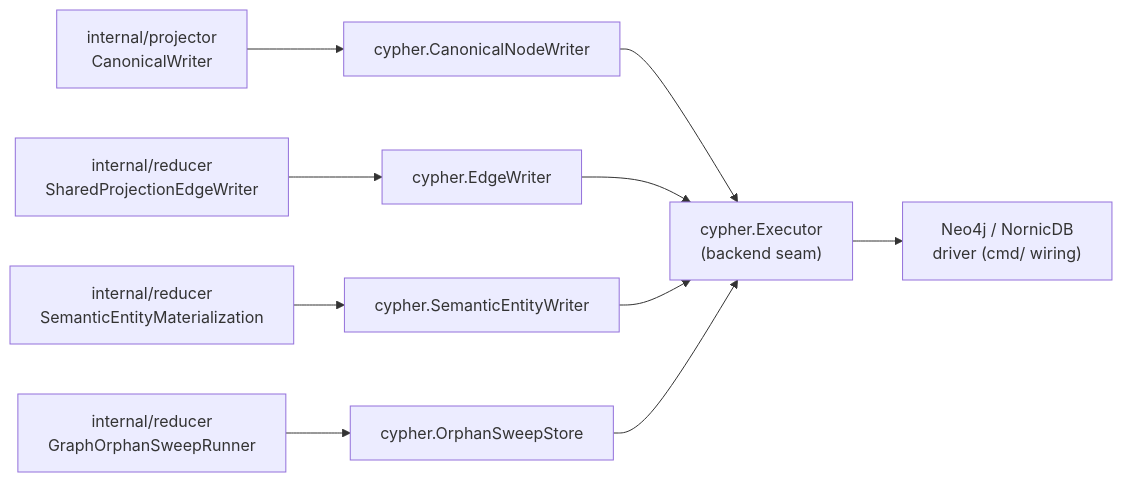
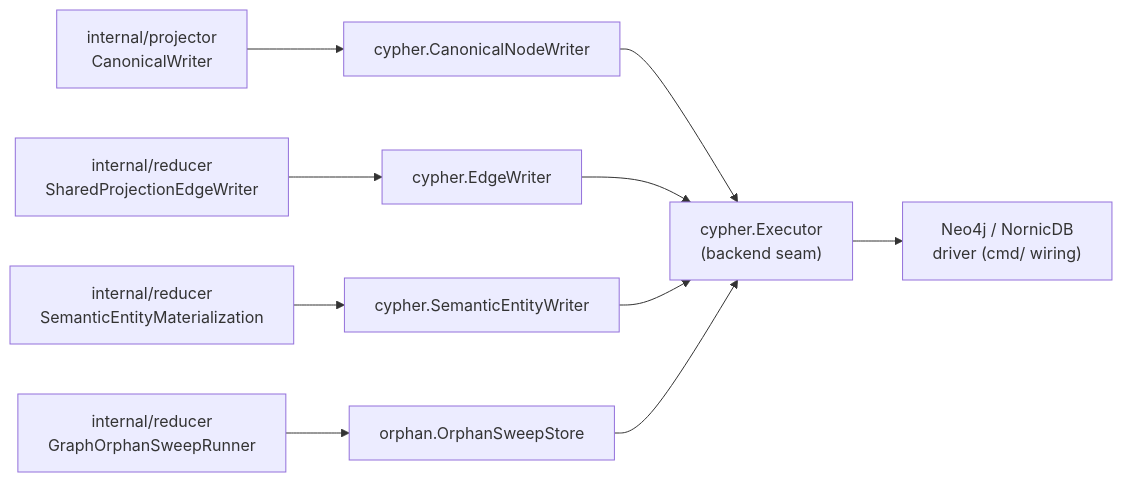
Before and after one commit to eshu-hq/eshu: the first of 2 diagrams in go/internal/storage/cypher/README.md, drawn with Mermaid. The commit also changed other lines of this file and 68 other files, not shown here.

First line of the commit message:
refactor(6694): nest sweep and phase-group helpers under sweep/orphan, phase/group

````diff
--- a/go/internal/storage/cypher/README.md
+++ b/go/internal/storage/cypher/README.md
@@ -10,12 +10,12 @@
 ```mermaid
 flowchart LR
   A["internal/projector\nCanonicalWriter"] --> B["cypher.CanonicalNodeWriter"]
   C["internal/reducer\nSharedProjectionEdgeWriter"] --> D["cypher.EdgeWriter"]
   E["internal/reducer\nSemanticEntityMaterialization"] --> F["cypher.SemanticEntityWriter"]
-  O["internal/reducer\nGraphOrphanSweepRunner"] --> OS["cypher.OrphanSweepStore"]
+  O["internal/reducer\nGraphOrphanSweepRunner"] --> OS["orphan.OrphanSweepStore"]
   B --> G["cypher.Executor\n(backend seam)"]
   D --> G
   F --> G
   OS --> G
   G --> H["Neo4j / NornicDB\ndriver (cmd/ wiring)"]
 ```
````
